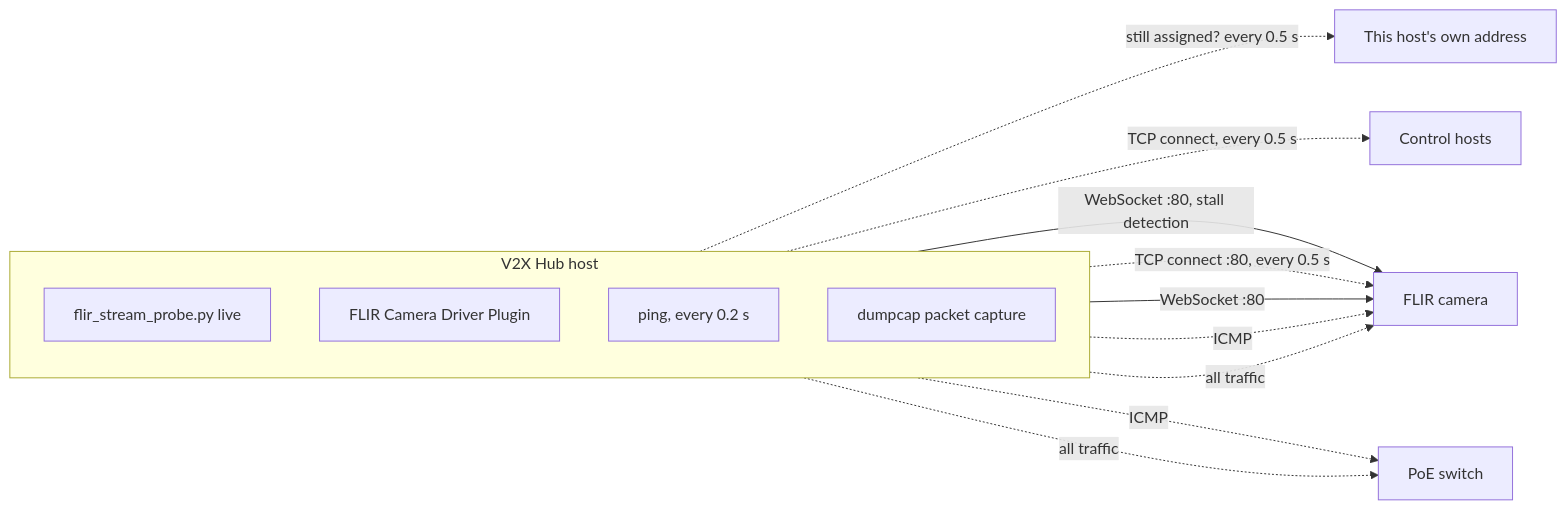
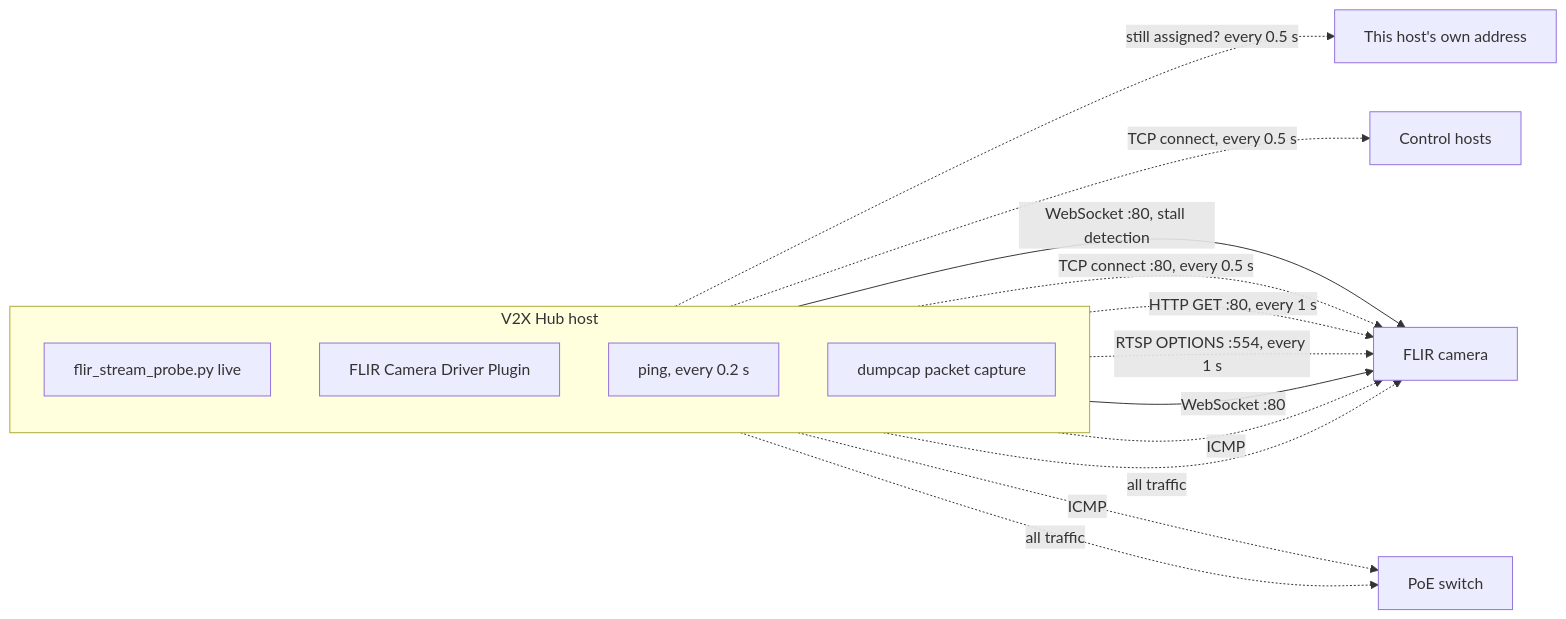
One commit to usdot-fhwa-OPS/V2X-Hub changed the second of 3 diagrams in src/v2i-hub/FLIRCameraDriverPlugin/scripts/README.md. Above: the diagram before and after it, drawn with Mermaid. The commit also changed other lines of this file and 4 other files, not shown here.

First line of the commit message:
Check the FLIR camera's web interface and RTSP during stalls

````diff
--- a/src/v2i-hub/FLIRCameraDriverPlugin/scripts/README.md
+++ b/src/v2i-hub/FLIRCameraDriverPlugin/scripts/README.md
@@ -27,24 +27,26 @@
 ```mermaid
 flowchart LR
     subgraph host["V2X Hub host"]
         direction TB
         probe["flir_stream_probe.py live"]
         plugin["FLIR Camera Driver Plugin"]
         ping["ping, every 0.2 s"]
         cap["dumpcap packet capture"]
     end
     self["This host's own address"]
     control["Control hosts"]
     camera["FLIR camera"]
     switch["PoE switch"]
 
     probe -. "still assigned? every 0.5 s" .-> self
     probe -. "TCP connect, every 0.5 s" .-> control
     probe -- "WebSocket :80, stall detection" --> camera
     probe -. "TCP connect :80, every 0.5 s" .-> camera
+    probe -. "HTTP GET :80, every 1 s" .-> camera
+    probe -. "RTSP OPTIONS :554, every 1 s" .-> camera
     plugin -- "WebSocket :80" --> camera
     ping -. "ICMP" .-> camera
     ping -. "ICMP" .-> switch
     cap -. "all traffic" .-> camera
     cap -. "all traffic" .-> switch
 ```
````
